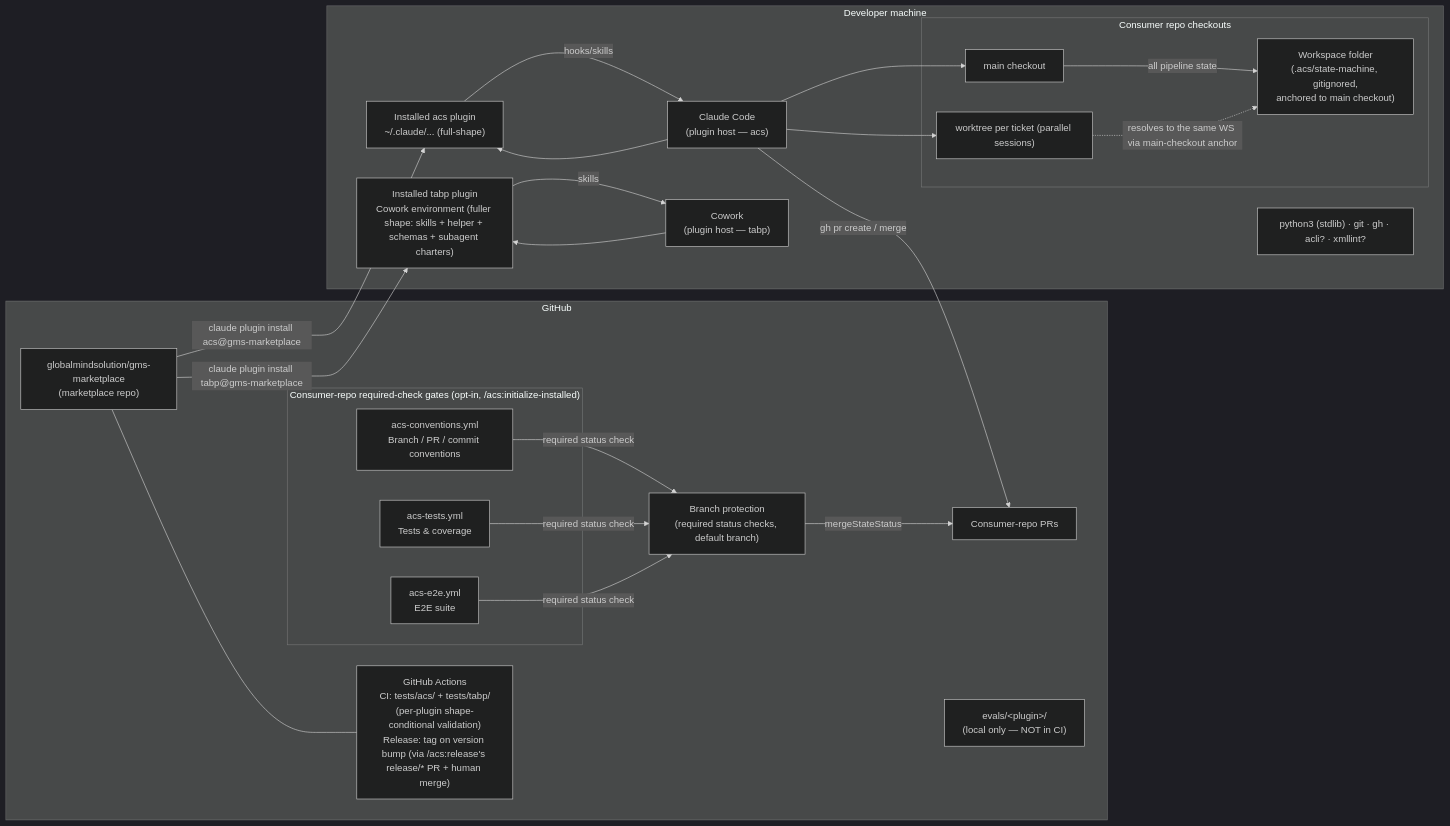
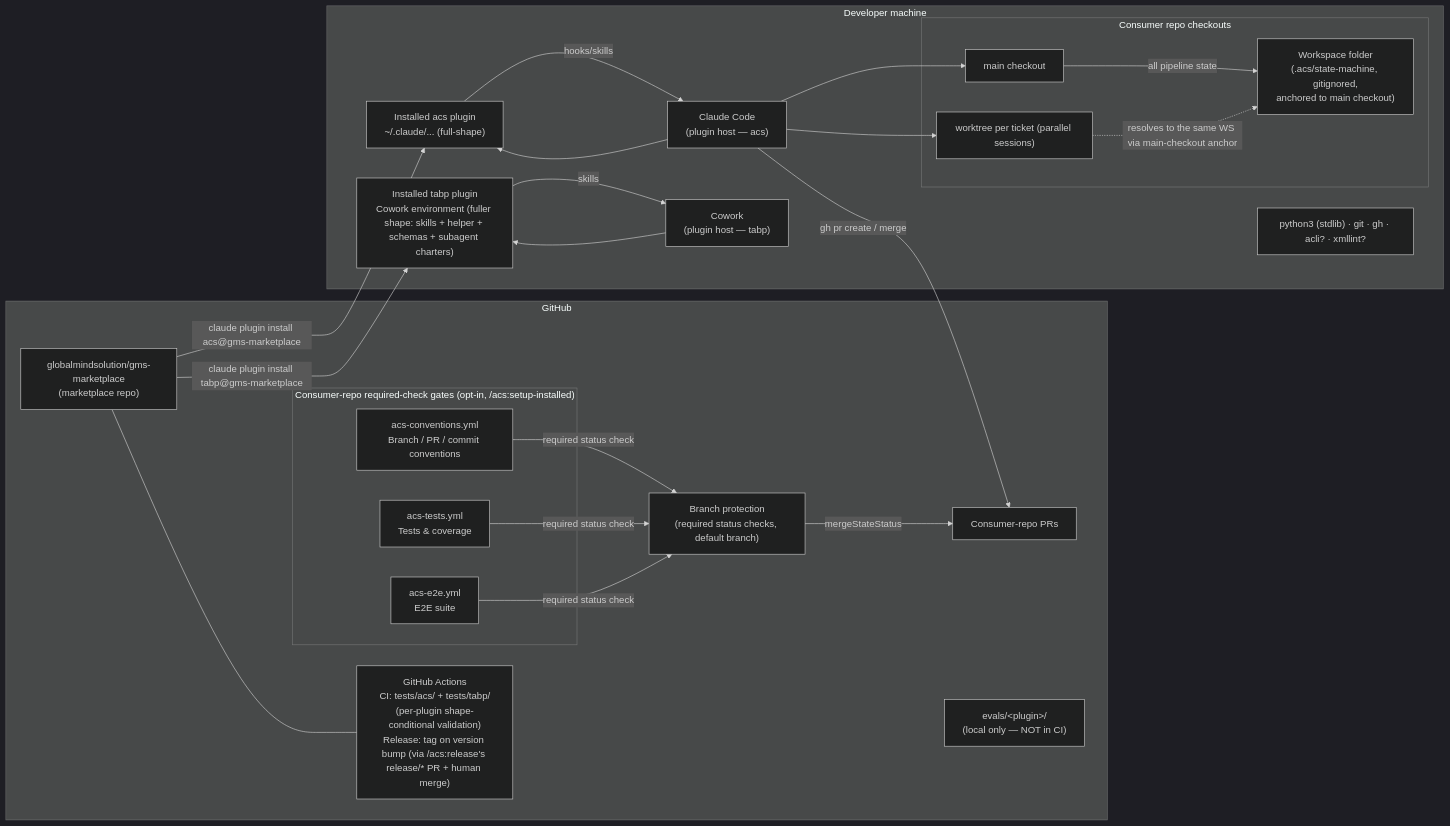
One commit to globalmindsolution/gms-marketplace changed the diagram in docs/architecture/hld/deployment.md. Above: the diagram before and after it, drawn with Mermaid (dark theme). The commit also changed other lines of this file and 102 other files, not shown here.

Commit message:
[#409] Rename /acs:initialize skill to /acs:setup (#412)

````diff
--- a/docs/architecture/hld/deployment.md
+++ b/docs/architecture/hld/deployment.md
@@ -3,42 +3,42 @@
 ```mermaid
 flowchart LR
     subgraph github["GitHub"]
         MR["globalmindsolution/gms-marketplace<br/>(marketplace repo)"]
         ACT["GitHub Actions<br/>CI: tests/acs/ + tests/tabp/<br/>(per-plugin shape-conditional validation)<br/>Release: tag on version bump (via /acs:release's release/* PR + human merge)"]
         PRS["Consumer-repo PRs"]
         EVALS["evals/&lt;plugin&gt;/<br/>(local only — NOT in CI)"]
-        subgraph gates["Consumer-repo required-check gates (opt-in, /acs:initialize-installed)"]
+        subgraph gates["Consumer-repo required-check gates (opt-in, /acs:setup-installed)"]
             G_CONV["acs-conventions.yml<br/>Branch / PR / commit conventions"]
             G_TEST["acs-tests.yml<br/>Tests & coverage"]
             G_E2E["acs-e2e.yml<br/>E2E suite"]
         end
         BP["Branch protection<br/>(required status checks, default branch)"]
     end
 
     subgraph machine["Developer machine"]
         CC["Claude Code<br/>(plugin host — acs)"]
         CW["Cowork<br/>(plugin host — tabp)"]
         PI_ACS["Installed acs plugin<br/>~/.claude/... (full-shape)"]
         PI_TABP["Installed tabp plugin<br/>Cowork environment (fuller shape: skills + helper + schemas + subagent charters)"]
         subgraph checkouts["Consumer repo checkouts"]
             CO1["main checkout"]
             CO2["worktree per ticket (parallel sessions)"]
             WS["Workspace folder<br/>(.acs/state-machine, gitignored,<br/>anchored to main checkout)"]
         end
         PY["python3 (stdlib) · git · gh · acli? · xmllint?"]
     end
 
     MR -- "claude plugin install acs@gms-marketplace" --> PI_ACS
     MR -- "claude plugin install tabp@gms-marketplace" --> PI_TABP
     MR --- ACT
     CC --> PI_ACS
     PI_ACS -- hooks/skills --> CC
     CW --> PI_TABP
     PI_TABP -- skills --> CW
     CC --> CO1 & CO2
     CO1 -- "all pipeline state" --> WS
     CO2 -. "resolves to the same WS via main-checkout anchor" .-> WS
     CC -- "gh pr create / merge" --> PRS
     G_CONV & G_TEST & G_E2E -- "required status check" --> BP
     BP -- "mergeStateStatus" --> PRS
 ```
````
